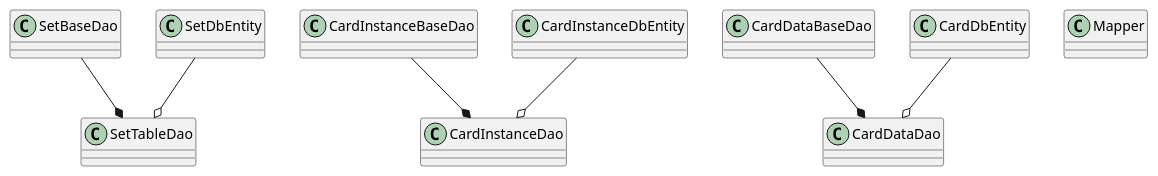
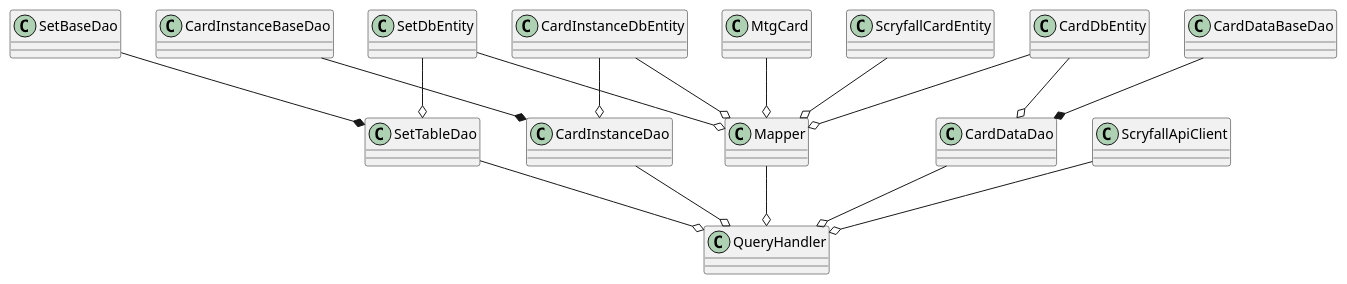
Before and after one commit to jtcsProjHub/mtgUtils: the second of 3 diagrams in flutterApp/mtg_collection_manager/diagrams/Application_Components.md, drawn with PlantUML.

Commit message:
Finished low-level class connectivity diagram for the data/query layer

````diff
--- a/flutterApp/mtg_collection_manager/diagrams/Application_Components.md
+++ b/flutterApp/mtg_collection_manager/diagrams/Application_Components.md
@@ -282,24 +282,39 @@
 ```plantuml
 @startuml
 class SetBaseDao {}
 class SetTableDao {}
 class SetDbEntity {}
 
 class CardInstanceBaseDao {}
 class CardInstanceDao {}
 class CardInstanceDbEntity {}
 
 class CardDataBaseDao {}
 class CardDataDao {}
 class CardDbEntity {}
 
 SetBaseDao --* SetTableDao
 SetDbEntity --o SetTableDao
 CardInstanceBaseDao --* CardInstanceDao
 CardInstanceDbEntity --o CardInstanceDao
 CardDataBaseDao --* CardDataDao
 CardDbEntity --o CardDataDao
 
 class Mapper {}
+class MtgCard {}
+Class ScryfallCardEntity {}
+SetDbEntity --o Mapper
+CardInstanceDbEntity --o Mapper
+CardDbEntity --o Mapper
+MtgCard --o Mapper
+ScryfallCardEntity --o Mapper
+
+class QueryHandler {}
+class ScryfallApiClient {}
+Mapper --o QueryHandler
+SetTableDao --o QueryHandler
+CardInstanceDao --o QueryHandler
+CardDataDao --o QueryHandler
+ScryfallApiClient --o QueryHandler
 @enduml
 ```
````
